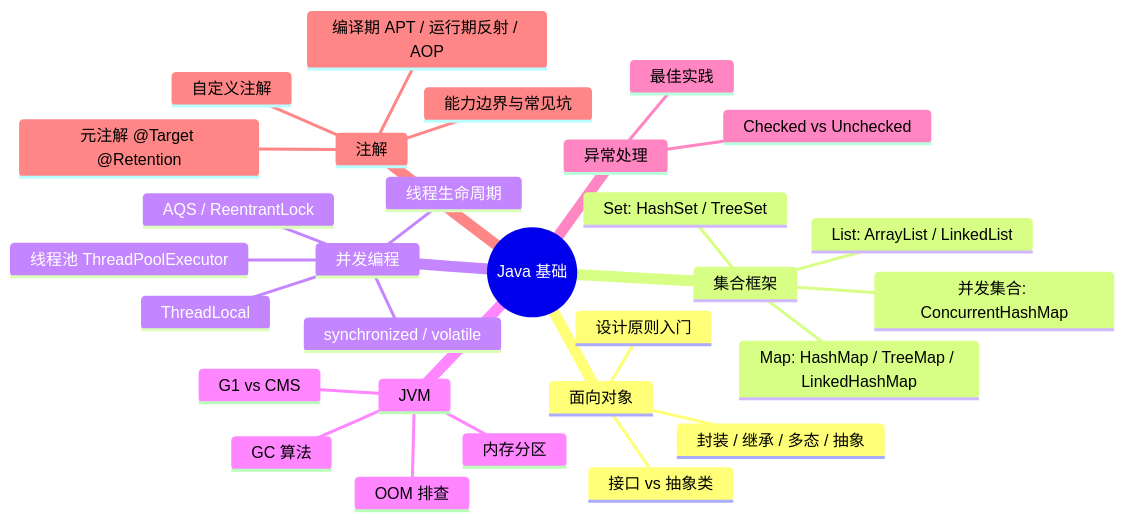
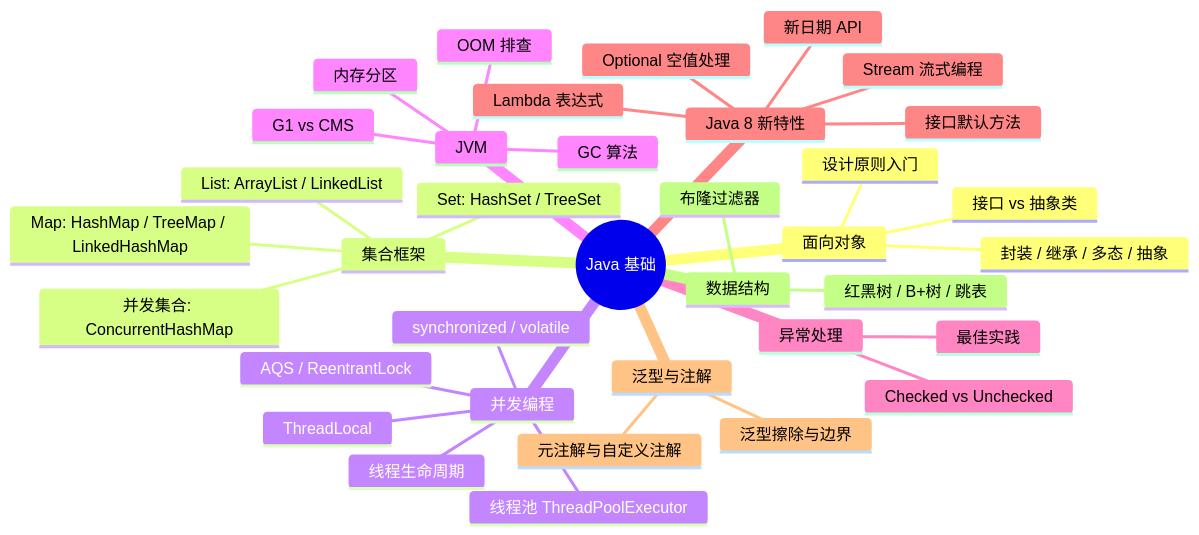
Before and after one commit to b1tzer/b1tzer.github.io: the first of 2 diagrams in docs/01-java-basic/00-Java基础与JVM概览.md, drawn with Mermaid. The commit also changed other lines of this file, not shown here.

Commit message:
优化 Java 介绍

````diff
--- a/docs/01-java-basic/00-Java基础与JVM概览.md
+++ b/docs/01-java-basic/00-Java基础与JVM概览.md
@@ -15,32 +15,39 @@
 ```mermaid
 mindmap
     root((Java 基础))
         面向对象
             封装 / 继承 / 多态 / 抽象
             接口 vs 抽象类
             设计原则入门
         集合框架
             List: ArrayList / LinkedList
             Map: HashMap / TreeMap / LinkedHashMap
             Set: HashSet / TreeSet
             并发集合: ConcurrentHashMap
         并发编程
             线程生命周期
             synchronized / volatile
             ThreadLocal
             线程池 ThreadPoolExecutor
             AQS / ReentrantLock
         JVM
             内存分区
             GC 算法
             G1 vs CMS
             OOM 排查
         异常处理
             Checked vs Unchecked
             最佳实践
-        注解
-            元注解 @Target @Retention
-            自定义注解
-            编译期 APT / 运行期反射 / AOP
-            能力边界与常见坑
+        Java 8 新特性
+            Lambda 表达式
+            Stream 流式编程
+            Optional 空值处理
+            新日期 API
+            接口默认方法
+        泛型与注解
+            泛型擦除与边界
+            元注解与自定义注解
+        数据结构
+            红黑树 / B+树 / 跳表
+            布隆过滤器
 ```
````
